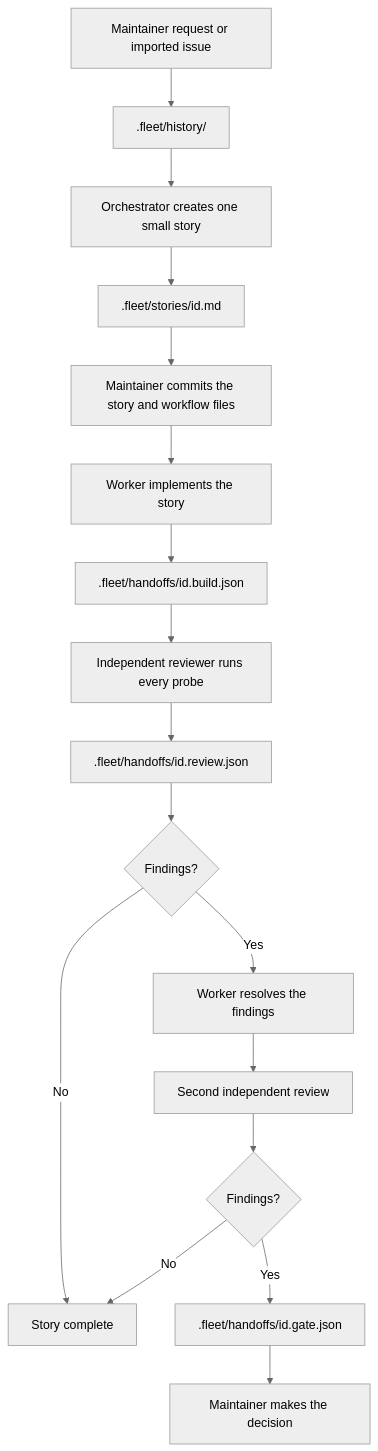
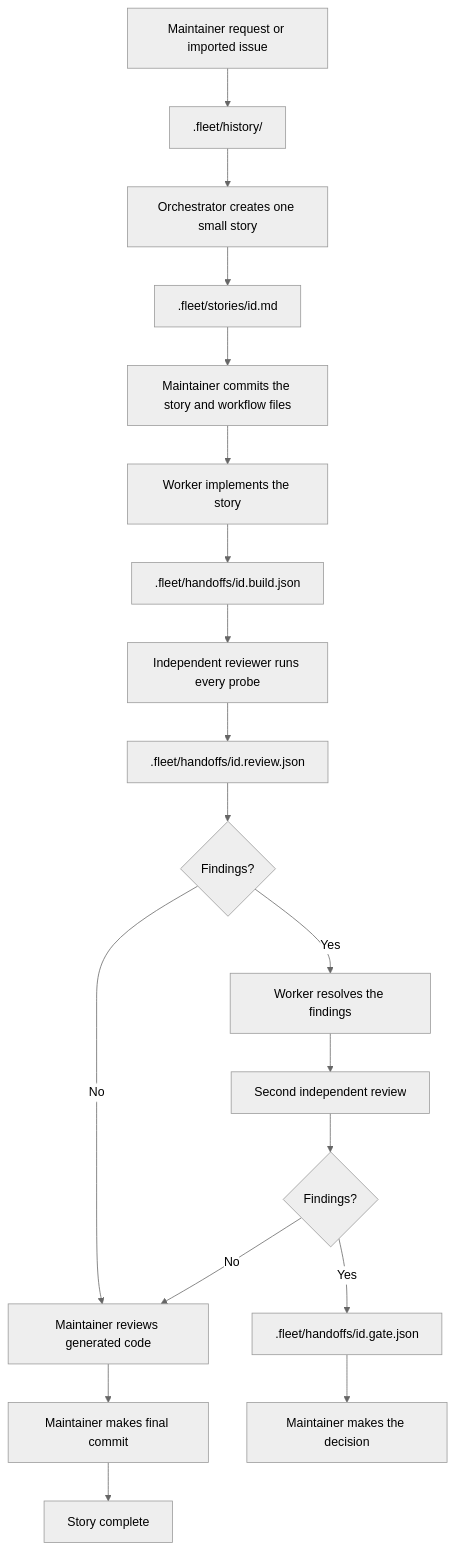
The diagram in CONTRIBUTING.md (emilioSp/my-weather-station), drawn with Mermaid (neutral theme) before and after one commit. The commit also changed other lines of this file and 2 other files, not shown here.

````diff
--- a/CONTRIBUTING.md
+++ b/CONTRIBUTING.md
@@ -5,19 +5,21 @@
 ```mermaid
 flowchart TD
     request[Maintainer request or imported issue] --> history[.fleet/history/]
     history --> orchestrator[Orchestrator creates one small story]
     orchestrator --> story[.fleet/stories/id.md]
     story --> commit[Maintainer commits the story and workflow files]
     commit --> worker[Worker implements the story]
     worker --> build[.fleet/handoffs/id.build.json]
     build --> reviewOne[Independent reviewer runs every probe]
     reviewOne --> reviewRecordOne[.fleet/handoffs/id.review.json]
     reviewRecordOne --> firstResult{Findings?}
-    firstResult -->|No| complete[Story complete]
+    firstResult -->|No| inspect[Maintainer reviews generated code]
     firstResult -->|Yes| fix[Worker resolves the findings]
     fix --> reviewTwo[Second independent review]
     reviewTwo --> secondResult{Findings?}
-    secondResult -->|No| complete
+    secondResult -->|No| inspect
+    inspect --> finalCommit[Maintainer makes final commit]
+    finalCommit --> complete[Story complete]
     secondResult -->|Yes| gate[.fleet/handoffs/id.gate.json]
     gate --> decision[Maintainer makes the decision]
 ```
````
